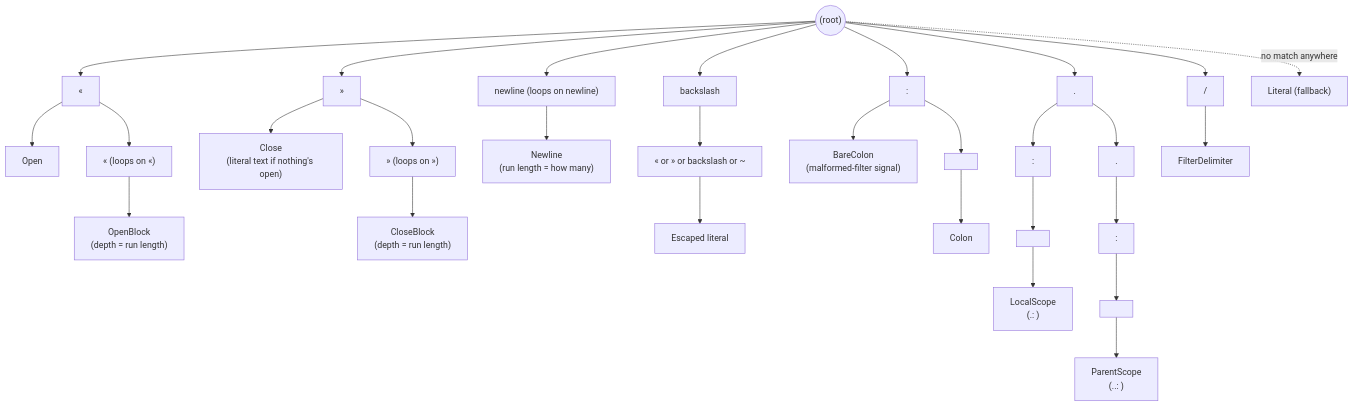
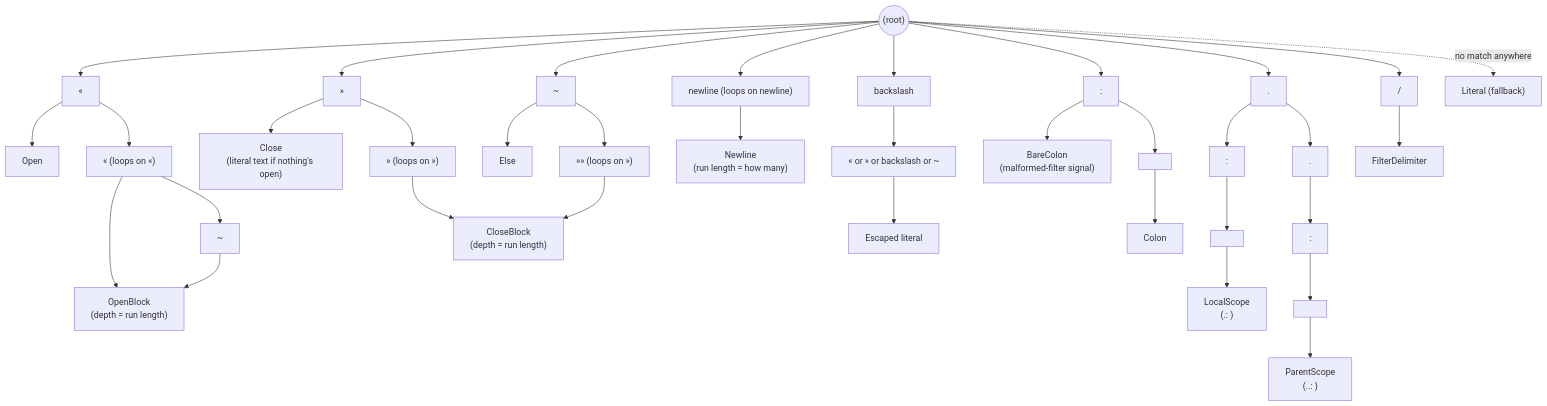
The second of 3 diagrams in docs/architecture.md (cihandeniz/guillemets), drawn with Mermaid before and after one commit. The commit also changed other lines of this file and 56 other files, not shown here.

````diff
--- a/docs/architecture.md
+++ b/docs/architecture.md
@@ -47,16 +47,19 @@
 ```mermaid
 flowchart TB
     Root(("(root)"))
     Root --> Open["«"] --> OpenKind["Open"]
     Open --> OpenOpen["« (loops on «)"] --> OpenBlockKind["OpenBlock\n(depth = run length)"]
     Root --> Close["»"] --> CloseKind["Close\n(literal text if nothing's open)"]
     Close --> CloseClose["» (loops on »)"] --> CloseBlockKind["CloseBlock\n(depth = run length)"]
+    OpenOpen --> OpenTrim["~"] --> OpenBlockKind
+    Root --> Tilde["~"] --> ElseKind["Else"]
+    Tilde --> TildeClose["»» (loops on »)"] --> CloseBlockKind
     Root --> NewlineChar["newline (loops on newline)"] --> NewlineKind["Newline\n(run length = how many)"]
     Root --> Esc["backslash"] --> EscChar["« or » or backslash or ~"] --> EscapedKind["Escaped literal"]
     Root --> Colon[":"] --> BareColonKind["BareColon\n(malformed-filter signal)"]
     Colon --> ColonSpace[" "] --> ColonKind["Colon"]
     Root --> Dot["."] --> DotColon[":"] --> DotColonSpace[" "] --> LocalScopeKind["LocalScope\n(.: )"]
     Dot --> DotDot["."] --> DotDotColon[":"] --> DotDotColonSpace[" "] --> ParentScopeKind["ParentScope\n(..: )"]
     Root --> SpaceSlashSpace[" / "] --> FilterDelimiterKind["FilterDelimiter"]
     Root -.no match anywhere.-> LiteralKind["Literal (fallback)"]
 ```
````
